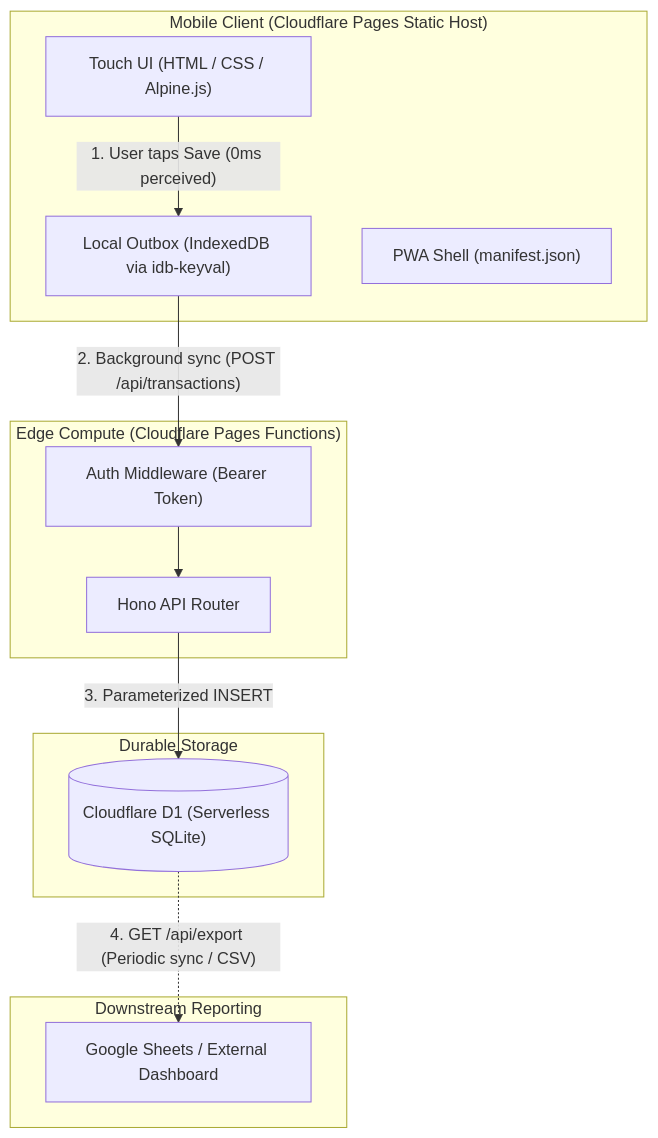
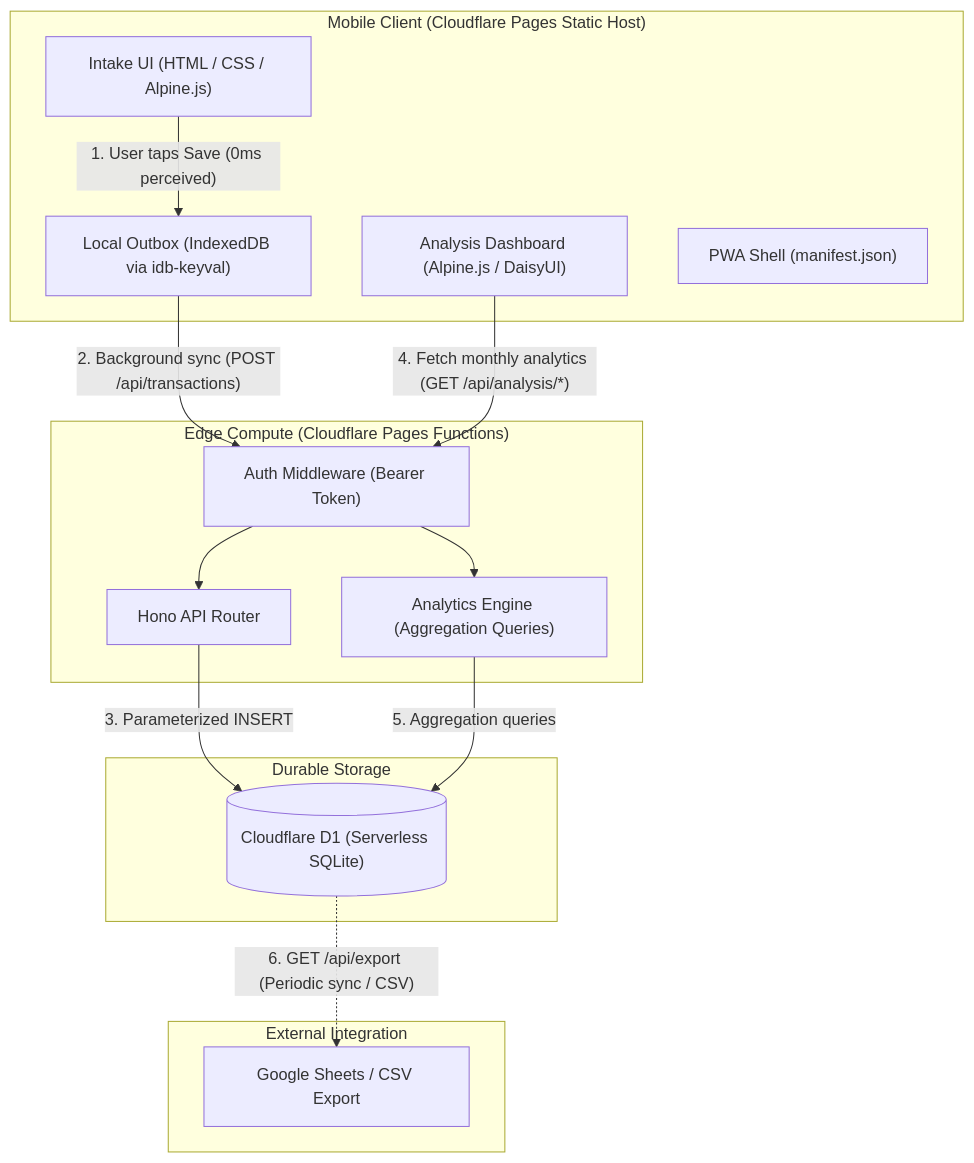
Before and after one commit to gordonpn/snaptally: the diagram in docs/architecture.md, drawn with Mermaid. The commit also changed other lines of this file and 2 other files, not shown here.

First line of the commit message:
docs: expand project scope to include budget analysis and define methodology (#45)

````diff
--- a/docs/architecture.md
+++ b/docs/architecture.md
@@ -9,27 +9,32 @@
 ```mermaid
 flowchart TD
     subgraph MobileClient["Mobile Client (Cloudflare Pages Static Host)"]
-        UI["Touch UI (HTML / CSS / Alpine.js)"]
+        UI["Intake UI (HTML / CSS / Alpine.js)"]
+        Dashboard["Analysis Dashboard (Alpine.js / DaisyUI)"]
         Outbox["Local Outbox (IndexedDB via idb-keyval)"]
         PWA["PWA Shell (manifest.json)"]
     end
 
     subgraph EdgeCompute["Edge Compute (Cloudflare Pages Functions)"]
         Auth["Auth Middleware (Bearer Token)"]
         Router["Hono API Router"]
+        AnalyticsEngine["Analytics Engine (Aggregation Queries)"]
     end
 
     subgraph EdgeStorage["Durable Storage"]
         D1[("Cloudflare D1 (Serverless SQLite)")]
     end
 
-    subgraph MacroReporting["Downstream Reporting"]
-        Sheets["Google Sheets / External Dashboard"]
+    subgraph MacroReporting["External Integration"]
+        Sheets["Google Sheets / CSV Export"]
     end
 
     UI -->|"1. User taps Save (0ms perceived)"| Outbox
     Outbox -->|"2. Background sync (POST /api/transactions)"| Auth
     Auth --> Router
     Router -->|"3. Parameterized INSERT"| D1
-    D1 -.->|"4. GET /api/export (Periodic sync / CSV)"| Sheets
+    Dashboard -->|"4. Fetch monthly analytics (GET /api/analysis/*)"| Auth
+    Auth --> AnalyticsEngine
+    AnalyticsEngine -->|"5. Aggregation queries"| D1
+    D1 -.->|"6. GET /api/export (Periodic sync / CSV)"| Sheets
 ```
````
